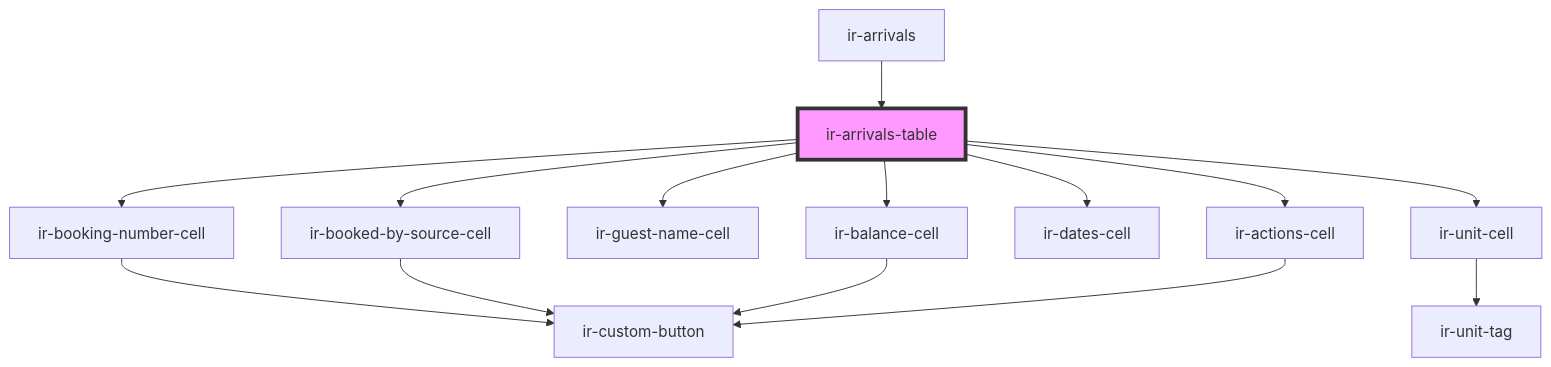
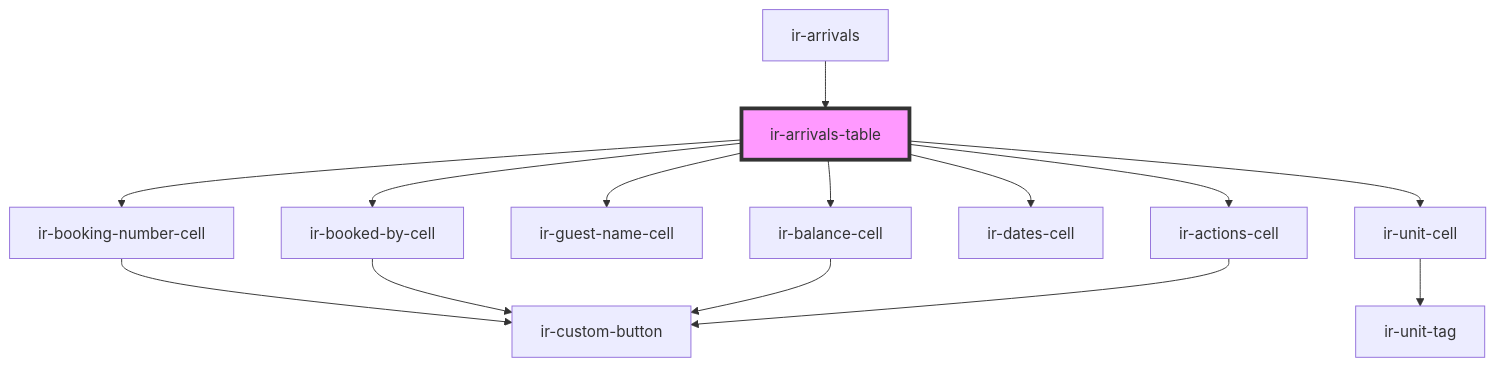
Before and after one commit to David1Chowaifaty/modified-ir-webcmp: the diagram in src/components/ir-arrivals/ir-arrivals-table/readme.md, drawn with Mermaid. The commit also changed other lines of this file and 69 other files, not shown here.

````diff
--- a/src/components/ir-arrivals/ir-arrivals-table/readme.md
+++ b/src/components/ir-arrivals/ir-arrivals-table/readme.md
@@ -25,17 +25,17 @@
 ```mermaid
 graph TD;
   ir-arrivals-table --> ir-booking-number-cell
-  ir-arrivals-table --> ir-booked-by-source-cell
+  ir-arrivals-table --> ir-booked-by-cell
   ir-arrivals-table --> ir-guest-name-cell
   ir-arrivals-table --> ir-unit-cell
   ir-arrivals-table --> ir-dates-cell
   ir-arrivals-table --> ir-balance-cell
   ir-arrivals-table --> ir-actions-cell
   ir-booking-number-cell --> ir-custom-button
-  ir-booked-by-source-cell --> ir-custom-button
+  ir-booked-by-cell --> ir-custom-button
   ir-unit-cell --> ir-unit-tag
   ir-balance-cell --> ir-custom-button
   ir-actions-cell --> ir-custom-button
   ir-arrivals --> ir-arrivals-table
   style ir-arrivals-table fill:#f9f,stroke:#333,stroke-width:4px
 ```
````
